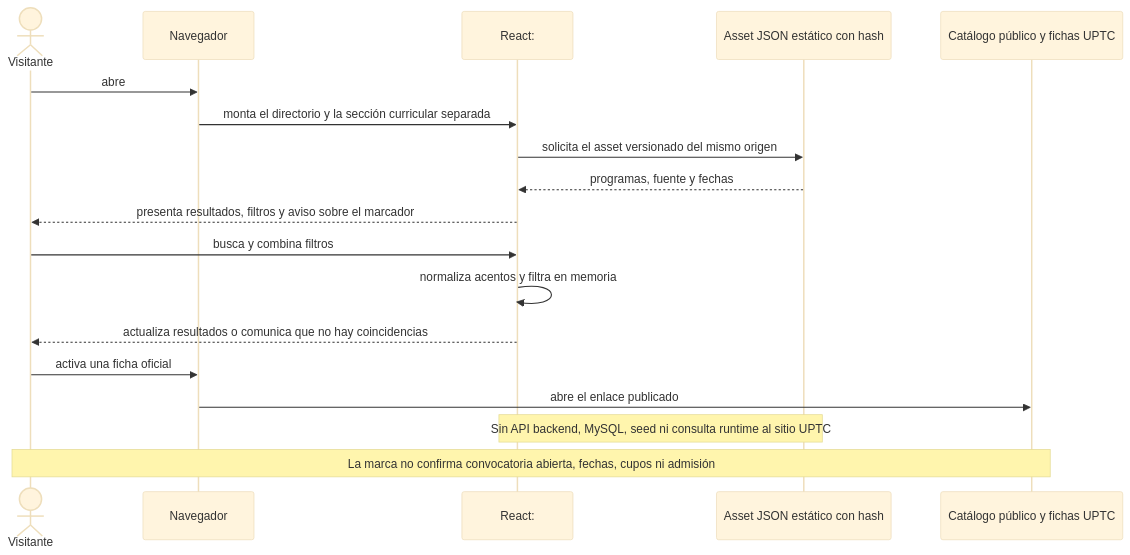
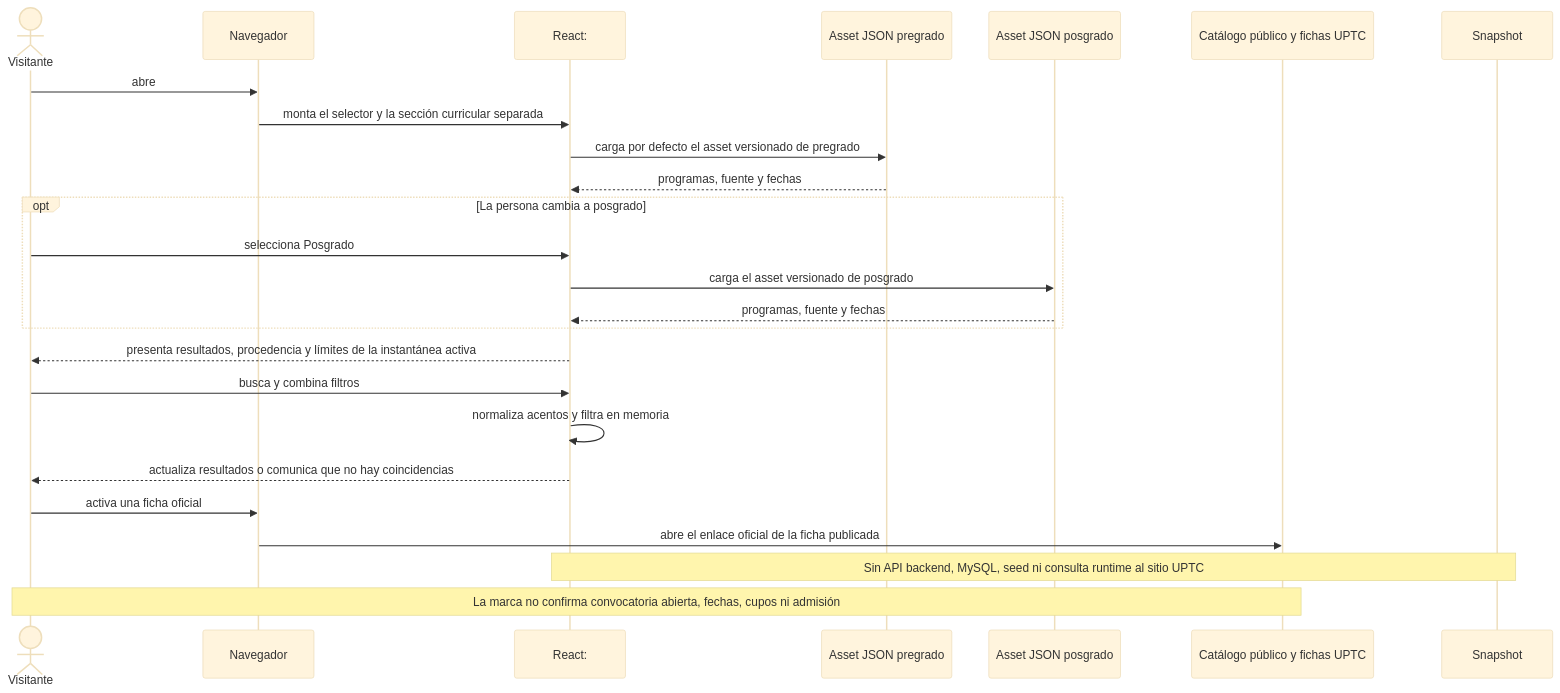
One commit to jdsalasca/open-university-backend changed diagram 35 of 38 in docs/architecture/process-flows.md. Above: the diagram before and after it, drawn with Mermaid (base theme). The commit also changed other lines of this file and 6 other files, not shown here.

````diff
--- a/docs/architecture/process-flows.md
+++ b/docs/architecture/process-flows.md
@@ -1428,22 +1428,28 @@
 ```mermaid
 sequenceDiagram
   actor Persona as Visitante
   participant Browser as Navegador
   participant Route as React: #programas
-  participant Snapshot as Asset JSON estático con hash
+  participant UG as Asset JSON pregrado
+  participant PG as Asset JSON posgrado
   participant Source as Catálogo público y fichas UPTC
 
   Persona->>Browser: abre #programas
-  Browser->>Route: monta el directorio y la sección curricular separada
-  Route->>Snapshot: solicita el asset versionado del mismo origen
-  Snapshot-->>Route: programas, fuente y fechas
-  Route-->>Persona: presenta resultados, filtros y aviso sobre el marcador
+  Browser->>Route: monta el selector y la sección curricular separada
+  Route->>UG: carga por defecto el asset versionado de pregrado
+  UG-->>Route: programas, fuente y fechas
+  opt La persona cambia a posgrado
+    Persona->>Route: selecciona Posgrado
+    Route->>PG: carga el asset versionado de posgrado
+    PG-->>Route: programas, fuente y fechas
+  end
+  Route-->>Persona: presenta resultados, procedencia y límites de la instantánea activa
   Persona->>Route: busca y combina filtros
   Route->>Route: normaliza acentos y filtra en memoria
   Route-->>Persona: actualiza resultados o comunica que no hay coincidencias
   Persona->>Browser: activa una ficha oficial
-  Browser->>Source: abre el enlace publicado
+  Browser->>Source: abre el enlace oficial de la ficha publicada
 
   Note over Route,Snapshot: Sin API backend, MySQL, seed ni consulta runtime al sitio UPTC
   Note over Persona,Source: La marca no confirma convocatoria abierta, fechas, cupos ni admisión
 ```
````
